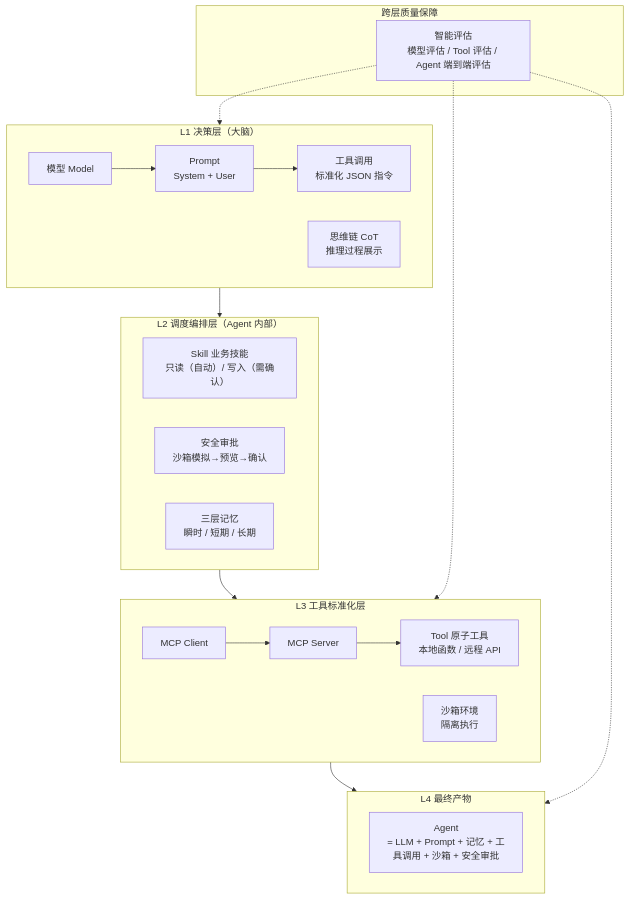
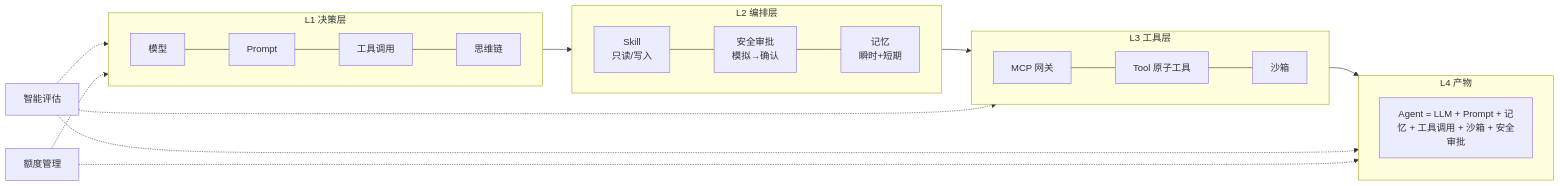
The third of 12 diagrams in docs/需求文档/20260709-【PRD】AI工作台-首页智能体-天马智擎.md (fri555/PORTL), drawn with Mermaid before and after one commit. The commit also changed other lines of this file, not shown here.

Commit message:
[docs/PRD] 大细化：架构图重做+新增3.4.7额度管理+Agent回滚/试运行+Skill审核流/包规范+模型能力矩阵+3.5八模块专项补强

````diff
--- a/docs/需求文档/20260709-【PRD】AI工作台-首页智能体-天马智擎.md
+++ b/docs/需求文档/20260709-【PRD】AI工作台-首页智能体-天马智擎.md
@@ -362,36 +362,24 @@
 ```mermaid
-graph TB
-    subgraph L1["L1 决策层（大脑）"]
+graph LR
+    subgraph L1["L1 决策层"]
         direction LR
-        M["模型 Model"] --> P["Prompt<br/>System + User"]
-        P --> FC["工具调用<br/>标准化 JSON 指令"]
-        CoT["思维链 CoT<br/>推理过程展示"]
+        M["模型"] --- P["Prompt"] --- FC["工具调用"] --- CoT["思维链"]
     end
-
-    subgraph L2["L2 调度编排层（Agent 内部）"]
+    subgraph L2["L2 编排层"]
         direction LR
-        SK["Skill 业务技能<br/>只读（自动）/ 写入（需确认）"]
-        SA["安全审批<br/>沙箱模拟→预览→确认"]
-        ME["三层记忆<br/>瞬时 / 短期 / 长期"]
+        SK["Skill<br/>只读/写入"] --- SA["安全审批<br/>模拟→确认"] --- ME["记忆<br/>瞬时+短期"]
     end
-
-    subgraph L3["L3 工具标准化层"]
+    subgraph L3["L3 工具层"]
         direction LR
-        MCP_C["MCP Client"] --> MCP_S["MCP Server"]
-        MCP_S --> TL["Tool 原子工具<br/>本地函数 / 远程 API"]
-        SB["沙箱环境<br/>隔离执行"]
+        GW["MCP 网关"] --- TL["Tool 原子工具"] --- SB["沙箱"]
     end
-
-    subgraph L4["L4 最终产物"]
-        AG["Agent<br/>= LLM + Prompt + 记忆 + 工具调用 + 沙箱 + 安全审批"]
+    subgraph L4["L4 产物"]
+        AG["Agent = LLM + Prompt + 记忆 + 工具调用 + 沙箱 + 安全审批"]
     end
-
-    subgraph CROSS["跨层质量保障"]
-        EV["智能评估<br/>模型评估 / Tool 评估 / Agent 端到端评估"]
-    end
-
     L1 --> L2 --> L3 --> L4
-    EV -.-> L1
+    EV["智能评估"] -.-> L1
     EV -.-> L3
     EV -.-> L4
+    QT["额度管理"] -.-> L1
+    QT -.-> L4
 ```
````
